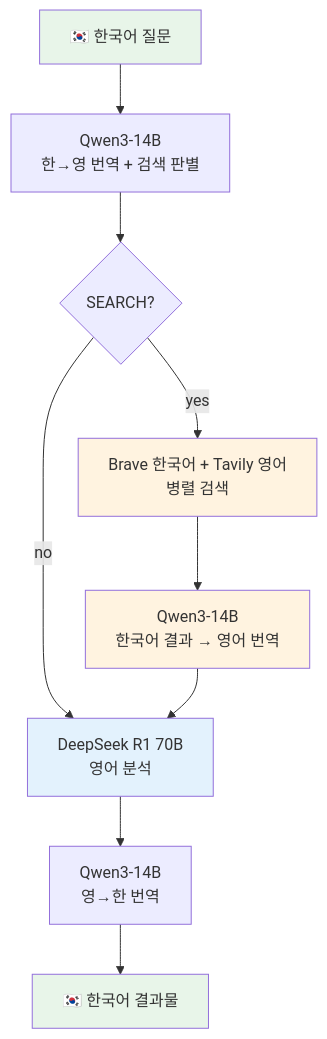
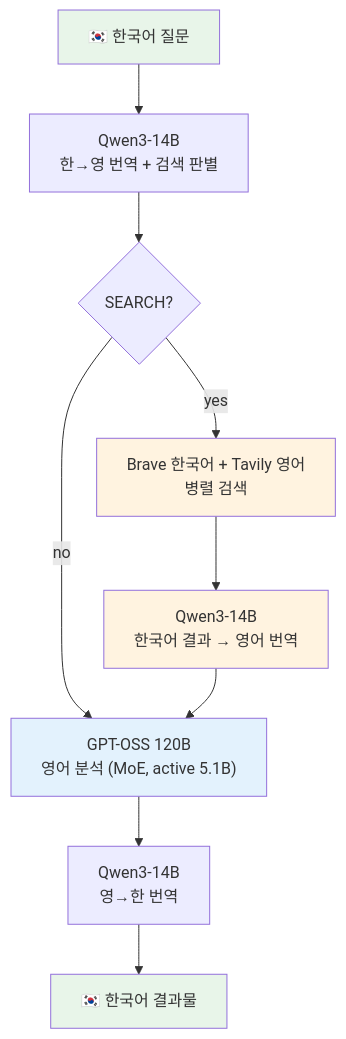
One commit to WoojinAhn/local-llm-pipeline changed the first of 2 diagrams in README.md. Above: the diagram before and after it, drawn with Mermaid. The commit also changed other lines of this file and 3 other files, not shown here.

First line of the commit message:
[#26] feat: swap analyst from DeepSeek R1 Distill 70B to GPT-OSS 120B

````diff
--- a/README.md
+++ b/README.md
@@ -33,17 +33,17 @@
 ```mermaid
 flowchart TD
     A["🇰🇷 한국어 질문"] --> B["Qwen3-14B<br/>한→영 번역 + 검색 판별"]
     B --> C{SEARCH?}
     C -->|yes| D["Brave 한국어 + Tavily 영어<br/>병렬 검색"]
-    C -->|no| E["DeepSeek R1 70B<br/>영어 분석"]
+    C -->|no| E["GPT-OSS 120B<br/>영어 분석 (MoE, active 5.1B)"]
     D --> D2["Qwen3-14B<br/>한국어 결과 → 영어 번역"]
     D2 --> E
     E --> F["Qwen3-14B<br/>영→한 번역"]
     F --> G["🇰🇷 한국어 결과물"]
 
     style A fill:#e8f5e9
     style G fill:#e8f5e9
     style D fill:#fff3e0
     style D2 fill:#fff3e0
     style E fill:#e3f2fd
 ```
````
